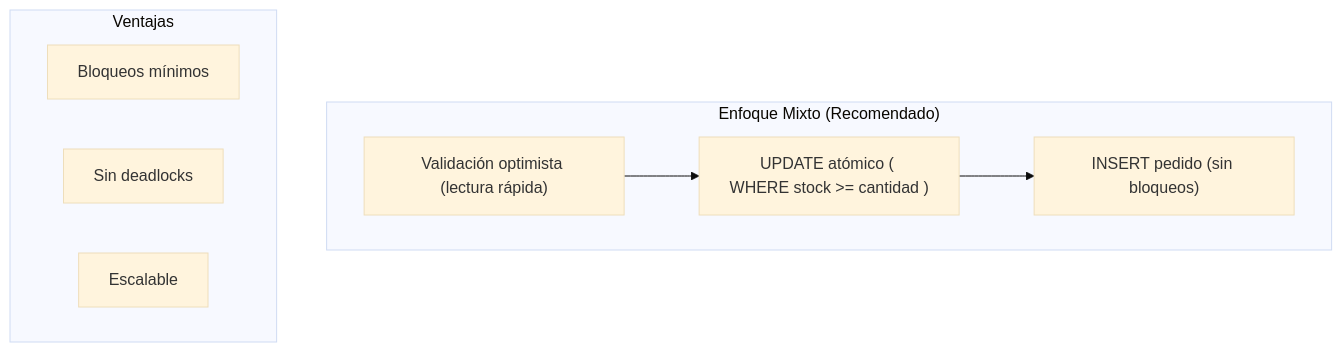
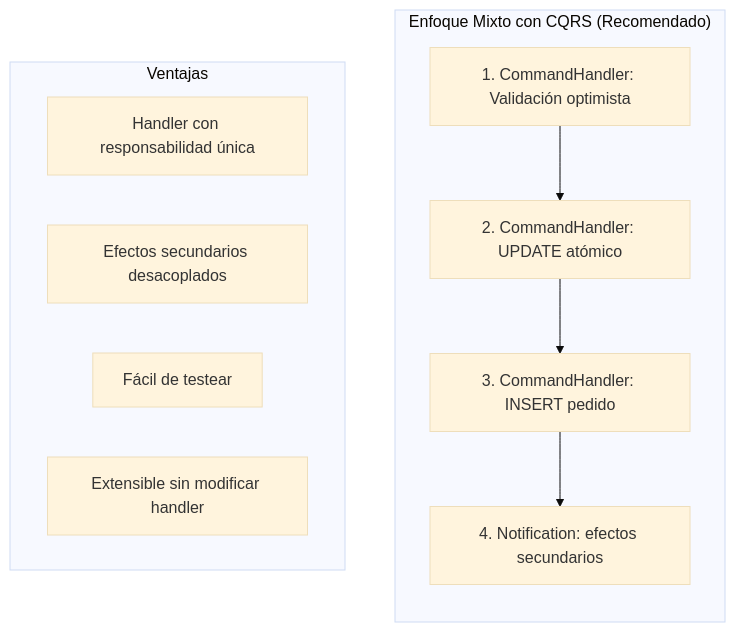
One commit to joseluisgs/TiendaDawApi-Cqrs-MediatR-NetCore changed the tenth of 10 diagrams in doc/15-pedidos-transacciones.md. Above: the diagram before and after it, drawn with Mermaid (base theme). The commit also changed other lines of this file and 1 other file, not shown here.

````diff
--- a/doc/15-pedidos-transacciones.md
+++ b/doc/15-pedidos-transacciones.md
@@ -969,16 +1483,19 @@
 ```mermaid
 flowchart TB
-    subgraph "Enfoque Mixto (Recomendado)"
-        A1["Validación optimista (lectura rápida)"]
-        A2["UPDATE atómico ( WHERE stock >= cantidad )"]
-        A3["INSERT pedido (sin bloqueos)"]
+    subgraph "Enfoque Mixto con CQRS (Recomendado)"
+        direction TB
+        A1["1. CommandHandler: Validación optimista"]
+        A2["2. CommandHandler: UPDATE atómico"]
+        A3["3. CommandHandler: INSERT pedido"]
+        A4["4. Notification: efectos secundarios"]
     end
     
-    A1 --> A2 --> A3
+    A1 --> A2 --> A3 --> A4
     
     subgraph "Ventajas"
-        B1["Bloqueos mínimos"]
-        B2["Sin deadlocks"]
-        B3["Escalable"]
+        B1["Handler con responsabilidad única"]
+        B2["Efectos secundarios desacoplados"]
+        B3["Fácil de testear"]
+        B4["Extensible sin modificar handler"]
     end
 ```
````
